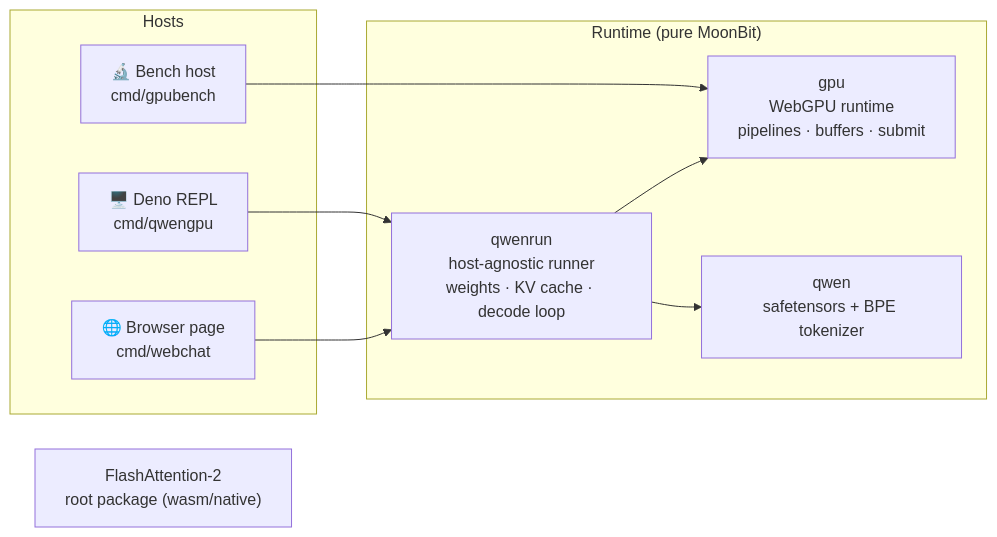
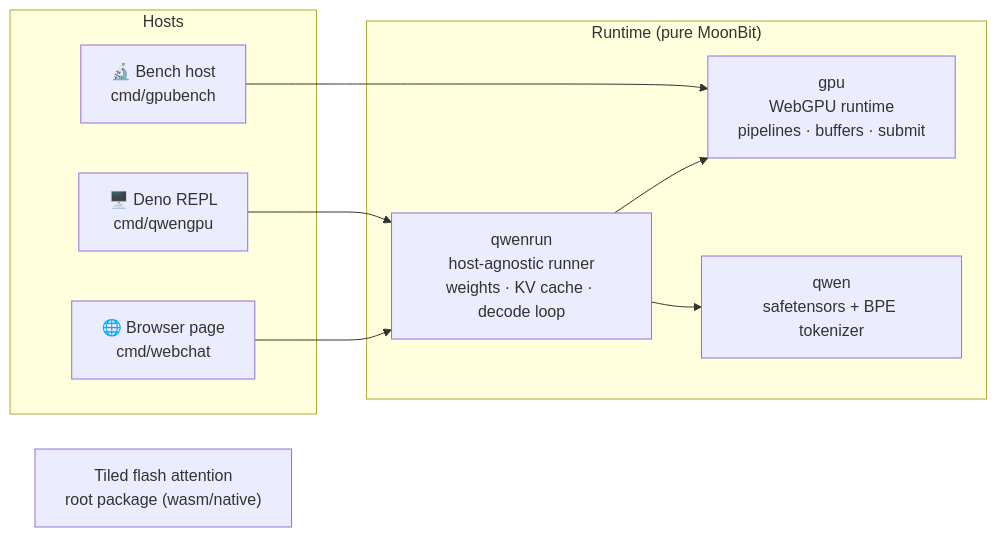
Before and after one commit to starAndHonor/flashmoon: the diagram in README.md, drawn with Mermaid. The commit also changed other lines of this file, not shown here.

First line of the commit message:
docs: drop FlashAttention-2 overclaim -> accurate FlashAttention-family naming

````diff
--- a/README.md
+++ b/README.md
@@ -88,17 +88,17 @@
 ```mermaid
 flowchart LR
     subgraph host["Hosts"]
         B["🌐 Browser page<br/>cmd/webchat"]
         D["🖥️ Deno REPL<br/>cmd/qwengpu"]
         K["🔬 Bench host<br/>cmd/gpubench"]
     end
     subgraph core["Runtime (pure MoonBit)"]
         R["qwenrun<br/>host-agnostic runner<br/>weights · KV cache · decode loop"]
         G["gpu<br/>WebGPU runtime<br/>pipelines · buffers · submit"]
         Q["qwen<br/>safetensors + BPE tokenizer"]
     end
     B & D --> R --> G
     K --> G
     R --> Q
-    W["FlashAttention-2<br/>root package (wasm/native)"]
+    W["Tiled flash attention<br/>root package (wasm/native)"]
 ```
````
